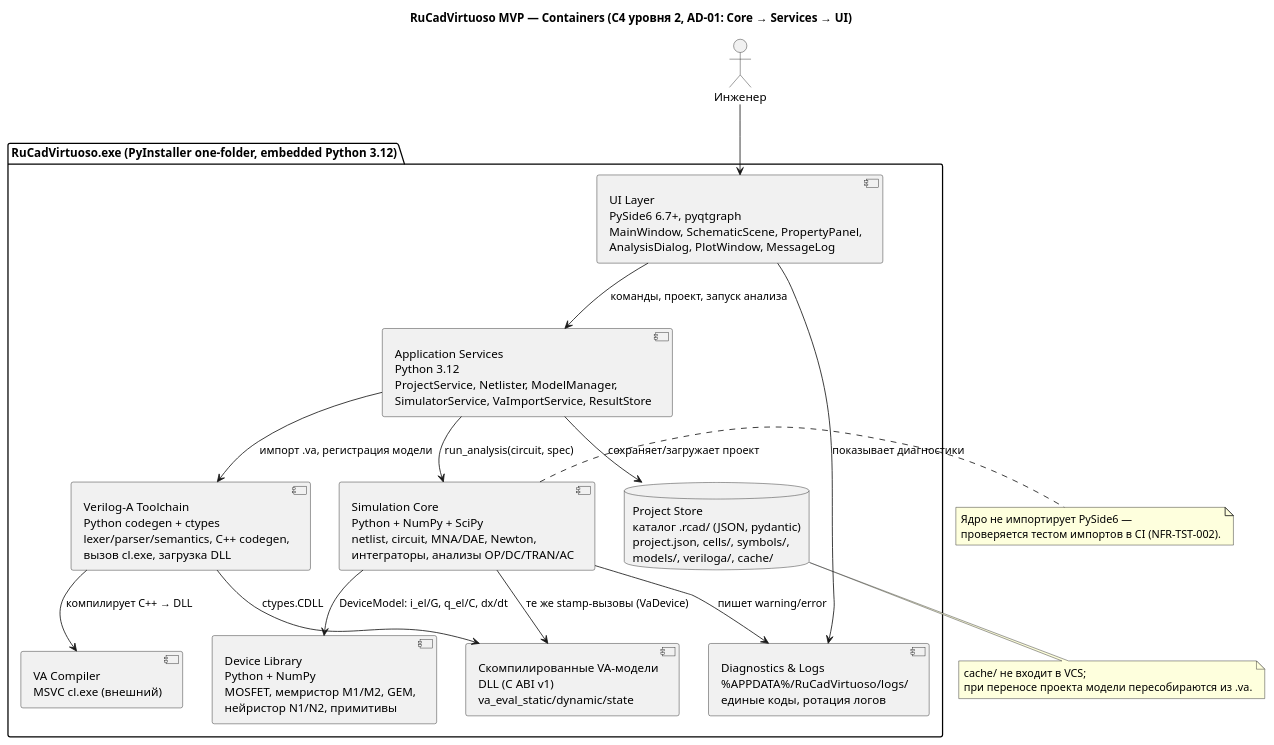
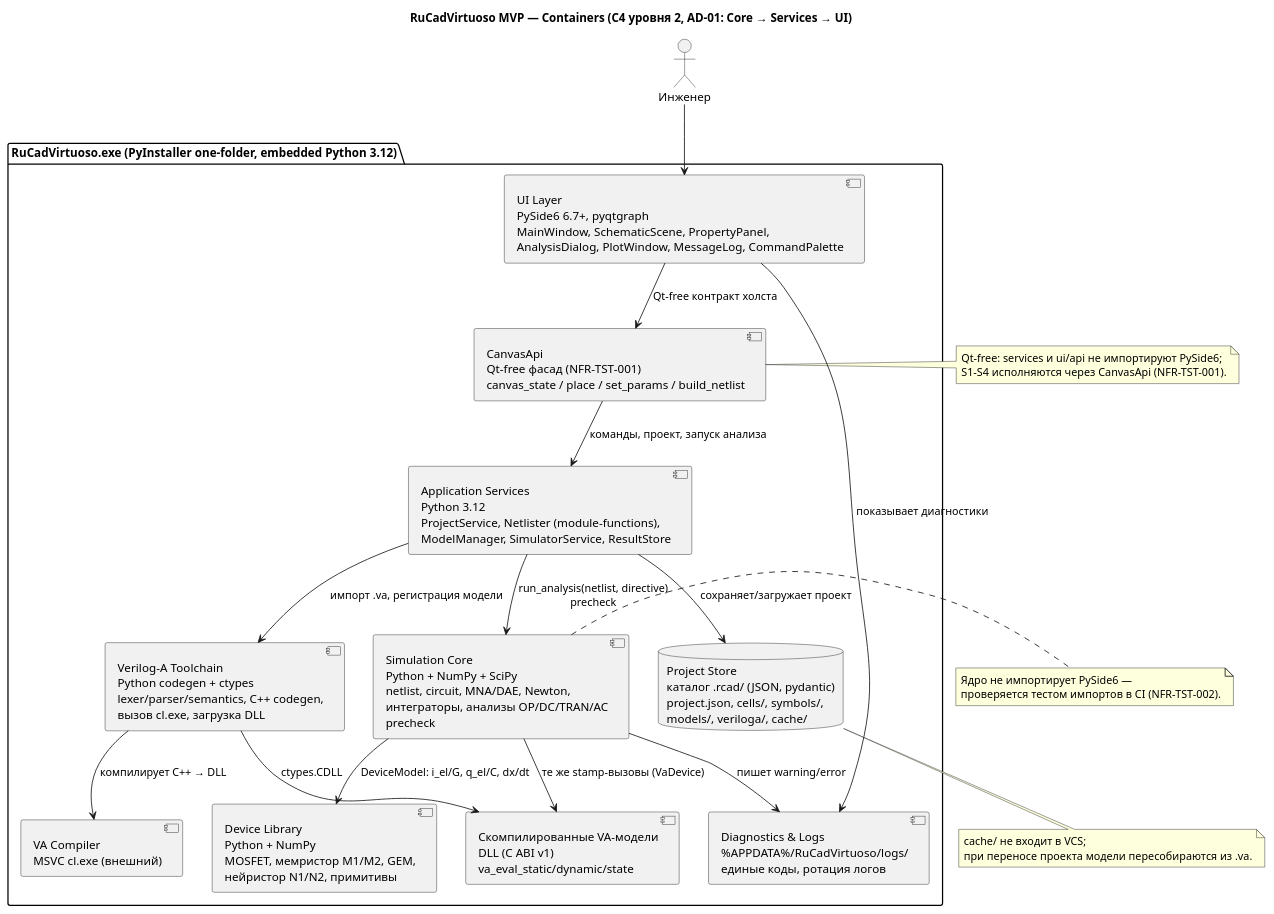
The diagram in archicture/diagrams/release/02_containers.puml (andrejstrogonov/RuCadVirtuoso), drawn with PlantUML before and after one commit. The commit also changed 74 other files, not shown here.

Commit message:
Added and refactored architecture

```diff
--- a/archicture/diagrams/release/02_containers.puml
+++ b/archicture/diagrams/release/02_containers.puml
@@ -1,41 +1,48 @@
 @startuml
 title RuCadVirtuoso MVP — Containers (C4 уровня 2, AD-01: Core → Services → UI)
 
 actor "Инженер" as USER
 
 package "RuCadVirtuoso.exe (PyInstaller one-folder, embedded Python 3.12)" {
 
-  component "UI Layer\nPySide6 6.7+, pyqtgraph\nMainWindow, SchematicScene, PropertyPanel,\nAnalysisDialog, PlotWindow, MessageLog" as UI
-  component "Application Services\nPython 3.12\nProjectService, Netlister, ModelManager,\nSimulatorService, VaImportService, ResultStore" as SVC
-  component "Simulation Core\nPython + NumPy + SciPy\nnetlist, circuit, MNA/DAE, Newton,\nинтеграторы, анализы OP/DC/TRAN/AC" as CORE
+  component "UI Layer\nPySide6 6.7+, pyqtgraph\nMainWindow, SchematicScene, PropertyPanel,\nAnalysisDialog, PlotWindow, MessageLog, CommandPalette" as UI
+  component "CanvasApi\nQt-free фасад (NFR-TST-001)\ncanvas_state / place / set_params / build_netlist" as API
+  component "Application Services\nPython 3.12\nProjectService, Netlister (module-functions),\nModelManager, SimulatorService, ResultStore" as SVC
+  component "Simulation Core\nPython + NumPy + SciPy\nnetlist, circuit, MNA/DAE, Newton,\nинтеграторы, анализы OP/DC/TRAN/AC\nprecheck" as CORE
   component "Device Library\nPython + NumPy\nMOSFET, мемристор M1/M2, GEM,\nнейристор N1/N2, примитивы" as DEV
   component "Verilog-A Toolchain\nPython codegen + ctypes\nlexer/parser/semantics, C++ codegen,\nвызов cl.exe, загрузка DLL" as VATOOL
   database "Project Store\nкаталог .rcad/ (JSON, pydantic)\nproject.json, cells/, symbols/,\nmodels/, veriloga/, cache/" as STORE
   component "Diagnostics & Logs\n%APPDATA%/RuCadVirtuoso/logs/\nединые коды, ротация логов" as LOGS
   component "Скомпилированные VA-модели\nDLL (C ABI v1)\nva_eval_static/dynamic/state" as VADLL
   component "VA Compiler\nMSVC cl.exe (внешний)" as MSVC
 }
 
 USER --> UI
-UI --> SVC : команды, проект, запуск анализа
-SVC --> CORE : run_analysis(circuit, spec)
+UI --> API : Qt-free контракт холста
+API --> SVC : команды, проект, запуск анализа
+SVC --> CORE : run_analysis(netlist, directive)\nprecheck
 CORE --> DEV : DeviceModel: i_el/G, q_el/C, dx/dt
 SVC --> VATOOL : импорт .va, регистрация модели
 VATOOL --> MSVC : компилирует C++ → DLL
 VATOOL --> VADLL : ctypes.CDLL
 CORE --> VADLL : те же stamp-вызовы (VaDevice)
 SVC --> STORE : сохраняет/загружает проект
 UI --> LOGS : показывает диагностики
 CORE --> LOGS : пишет warning/error
 
 note right of CORE
   Ядро не импортирует PySide6 —
   проверяется тестом импортов в CI (NFR-TST-002).
 end note
 
+note right of API
+  Qt-free: services и ui/api не импортируют PySide6;
+  S1–S4 исполняются через CanvasApi (NFR-TST-001).
+end note
+
 note bottom of STORE
   cache/ не входит в VCS;
   при переносе проекта модели пересобираются из .va.
 end note
 
 @enduml
```
